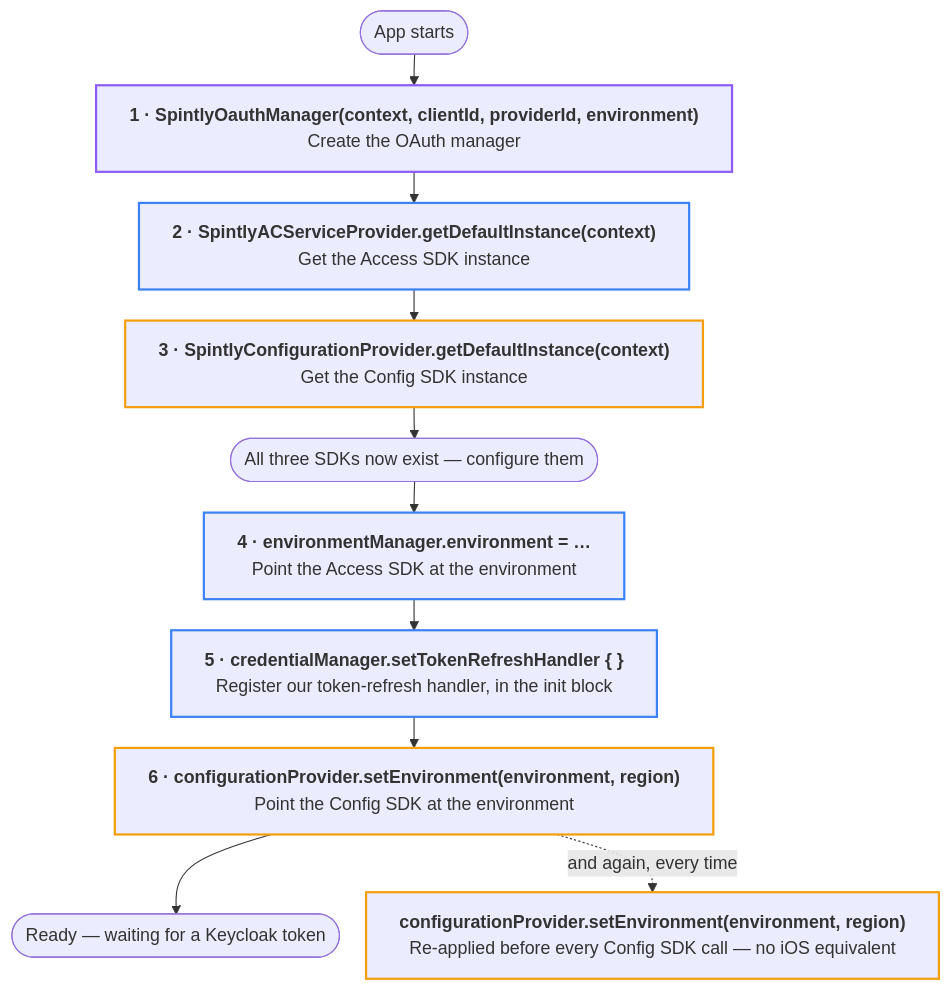
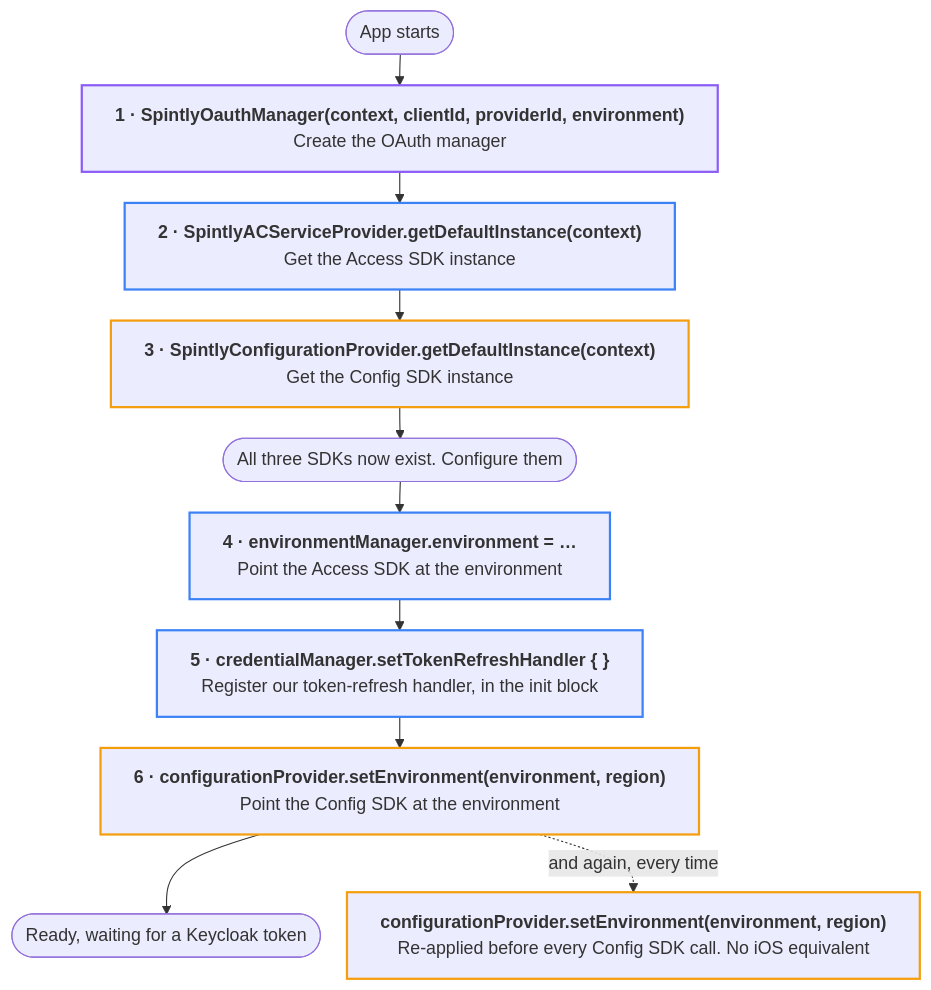
One commit to Yash-Wadatkar-Binaryveda/sdk-docs-site changed the second of 11 diagrams in docs/user-onboarding.md. Above: the diagram before and after it, drawn with Mermaid. The commit also changed other lines of this file and 3 other files, not shown here.

````diff
--- a/docs/user-onboarding.md
+++ b/docs/user-onboarding.md
@@ -75,21 +76,21 @@
     ```mermaid
     %%{init:{"flowchart":{"wrappingWidth":540,"nodeSpacing":24,"rankSpacing":28}}}%%
     flowchart TD
         S(["App starts"]) --> N1
         N1["<b>1 · SpintlyOauthManager(context, clientId, providerId, environment)</b><br/>Create the OAuth manager"]
         N1 --> N2["<b>2 · SpintlyACServiceProvider.getDefaultInstance(context)</b><br/>Get the Access SDK instance"]
         N2 --> N3["<b>3 · SpintlyConfigurationProvider.getDefaultInstance(context)</b><br/>Get the Config SDK instance"]
-        N3 --> M(["All three SDKs now exist — configure them"])
+        N3 --> M(["All three SDKs now exist. Configure them"])
         M --> N4["<b>4 · environmentManager.environment = …</b><br/>Point the Access SDK at the environment"]
         N4 --> N5["<b>5 · credentialManager.setTokenRefreshHandler { }</b><br/>Register our token-refresh handler, in the init block"]
         N5 --> N6["<b>6 · configurationProvider.setEnvironment(environment, region)</b><br/>Point the Config SDK at the environment"]
-        N6 --> E(["Ready — waiting for a Keycloak token"])
-        N6 -.->|"and again, every time"| R["<b>configurationProvider.setEnvironment(environment, region)</b><br/>Re-applied before every Config SDK call — no iOS equivalent"]
+        N6 --> E(["Ready, waiting for a Keycloak token"])
+        N6 -.->|"and again, every time"| R["<b>configurationProvider.setEnvironment(environment, region)</b><br/>Re-applied before every Config SDK call. No iOS equivalent"]
 
         classDef sdkOauth stroke:#8b5cf6,stroke-width:2px
         classDef sdkAccess stroke:#3b82f6,stroke-width:2px
         classDef sdkConfig stroke:#f59e0b,stroke-width:2px
         class N1 sdkOauth
         class N2,N4,N5 sdkAccess
         class N3,N6,R sdkConfig
     ```
````
